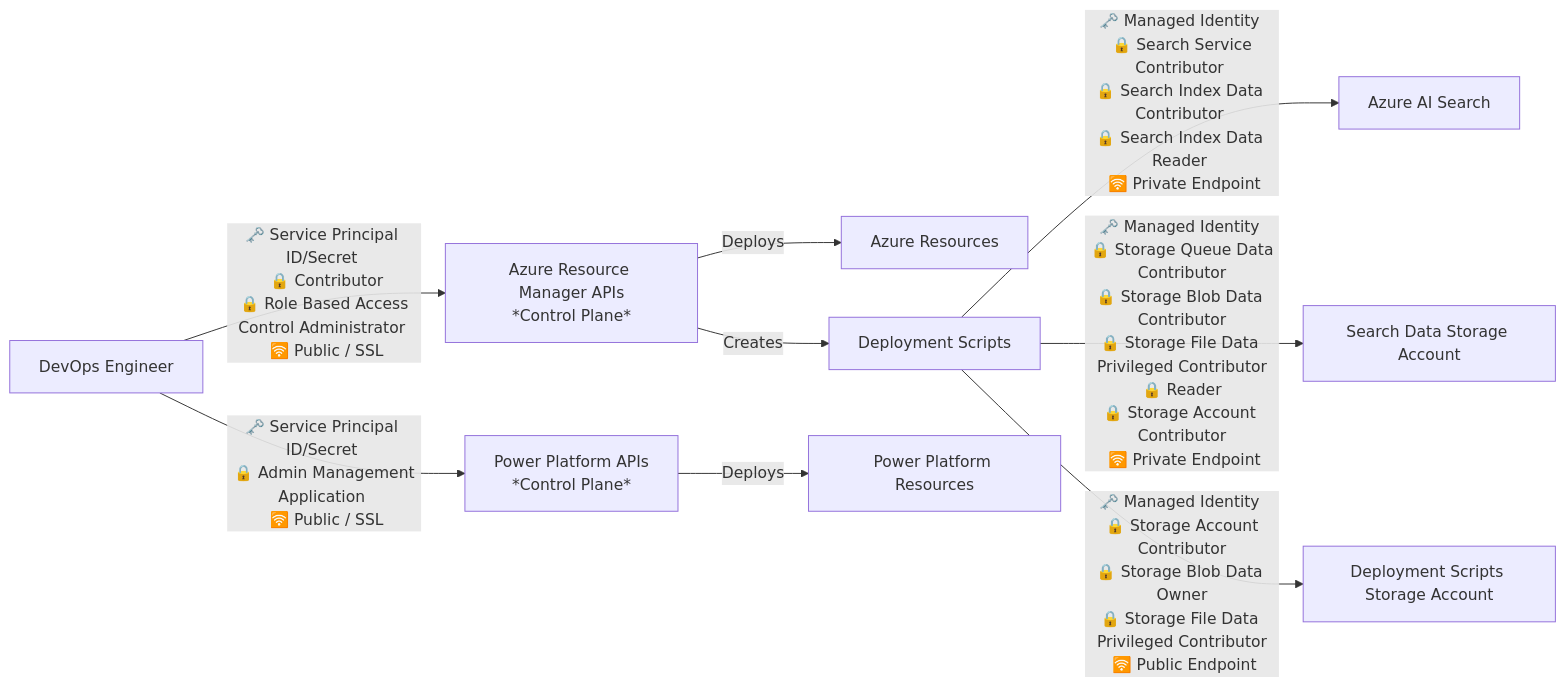
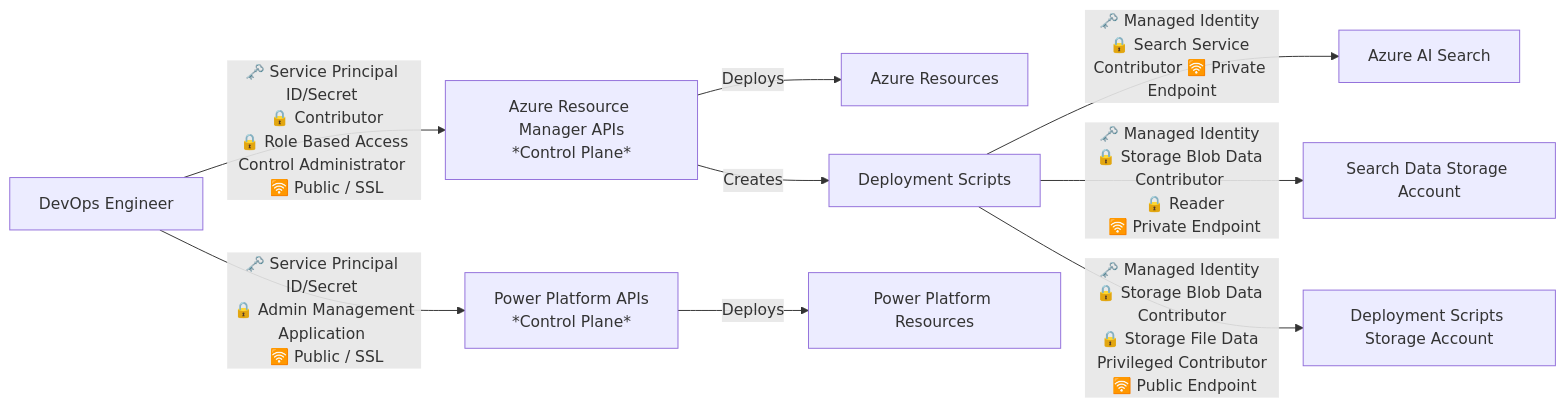
The third of 4 diagrams in docs/security_considerations.md (Azure-Samples/Copilot-Studio-with-Azure-AI-Search), drawn with Mermaid before and after one commit. The commit also changed other lines of this file, not shown here.

Commit message:
refactor(docs): simplify deployment script diagram for clarity

````diff
--- a/docs/security_considerations.md
+++ b/docs/security_considerations.md
@@ -200,12 +200,12 @@
 ```mermaid
 graph LR
     Developer[DevOps Engineer]
     Developer --> |🗝️ Service Principal ID/Secret <br> 🔒 Contributor<br> 🔒 Role Based Access Control Administrator <br> 🛜 Public / SSL | AzureCP[Azure Resource Manager APIs<br>*Control Plane*]
     Developer --> |🗝️ Service Principal ID/Secret <br> 🔒 Admin Management Application <br> 🛜 Public / SSL | PPAPI[Power Platform APIs<br>*Control Plane*]
     AzureCP --> |Deploys| AzureResources[Azure Resources]
     AzureCP --> |Creates| DeployScript[Deployment Scripts]
-    DeployScript --> |🗝️ Managed Identity <br> 🔒 Search Service Contributor <br>🔒 Search Index Data Contributor <br>🔒 Search Index Data Reader <br> 🛜 Private Endpoint | AISearch[Azure AI Search]
-    DeployScript --> |🗝️ Managed Identity <br> 🔒 Storage Queue Data Contributor<br>🔒 Storage Blob Data Contributor<br>🔒 Storage File Data Privileged Contributor<br>🔒 Reader<br>🔒 Storage Account Contributor<br> 🛜 Private Endpoint| Storage[Search Data Storage Account]
-    DeployScript --> |🗝️ Managed Identity <br> 🔒 Storage Account Contributor<br>🔒 Storage Blob Data Owner<br>🔒 Storage File Data Privileged Contributor<br> 🛜 Public Endpoint| DSStorage[Deployment Scripts Storage Account]
+    DeployScript --> |🗝️ Managed Identity <br>🔒 Search Service Contributor 🛜 Private Endpoint | AISearch[Azure AI Search]
+    DeployScript --> |🗝️ Managed Identity <br>🔒 Storage Blob Data Contributor <br> 🔒 Reader<br> 🛜 Private Endpoint| Storage[Search Data Storage Account]
+    DeployScript --> |🗝️ Managed Identity <br>🔒 Storage Blob Data Contributor<br>🔒 Storage File Data Privileged Contributor<br> 🛜 Public Endpoint| DSStorage[Deployment Scripts Storage Account]
     PPAPI --> |Deploys| PPSolution[Power Platform Resources]
 ```
````
